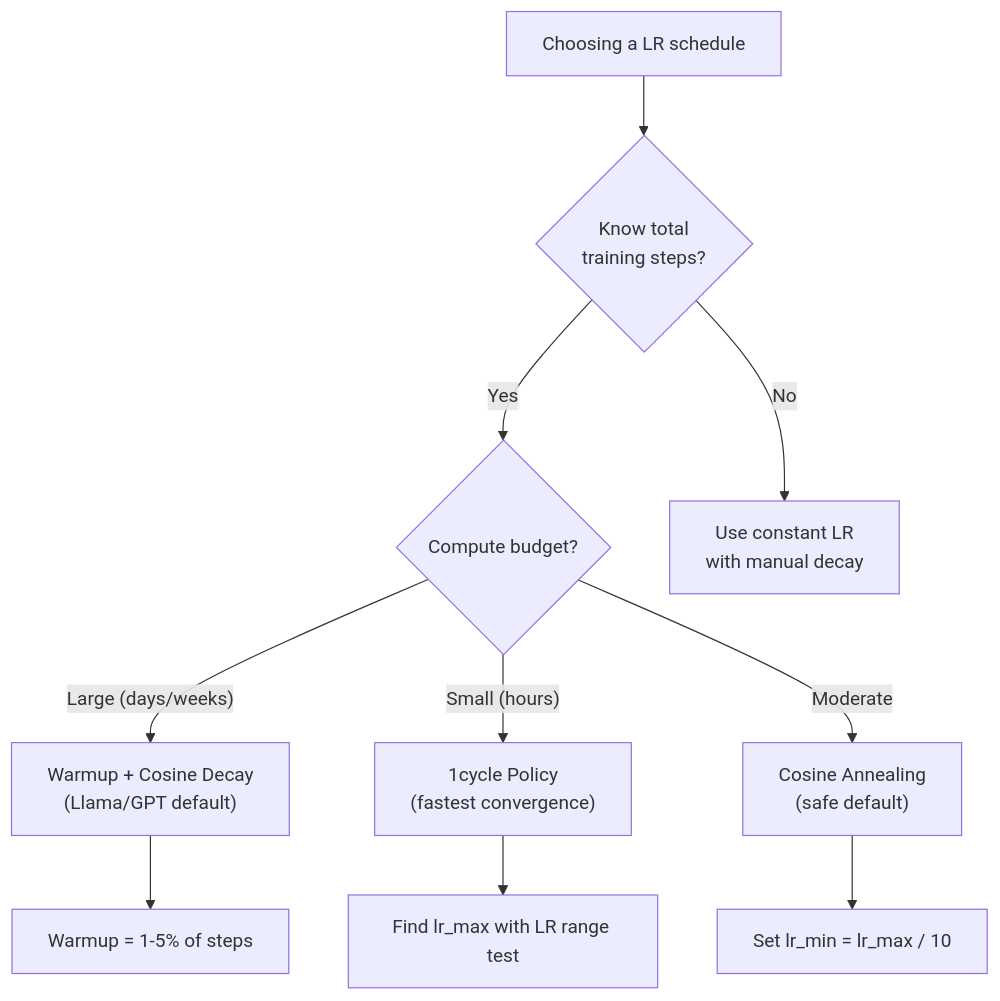
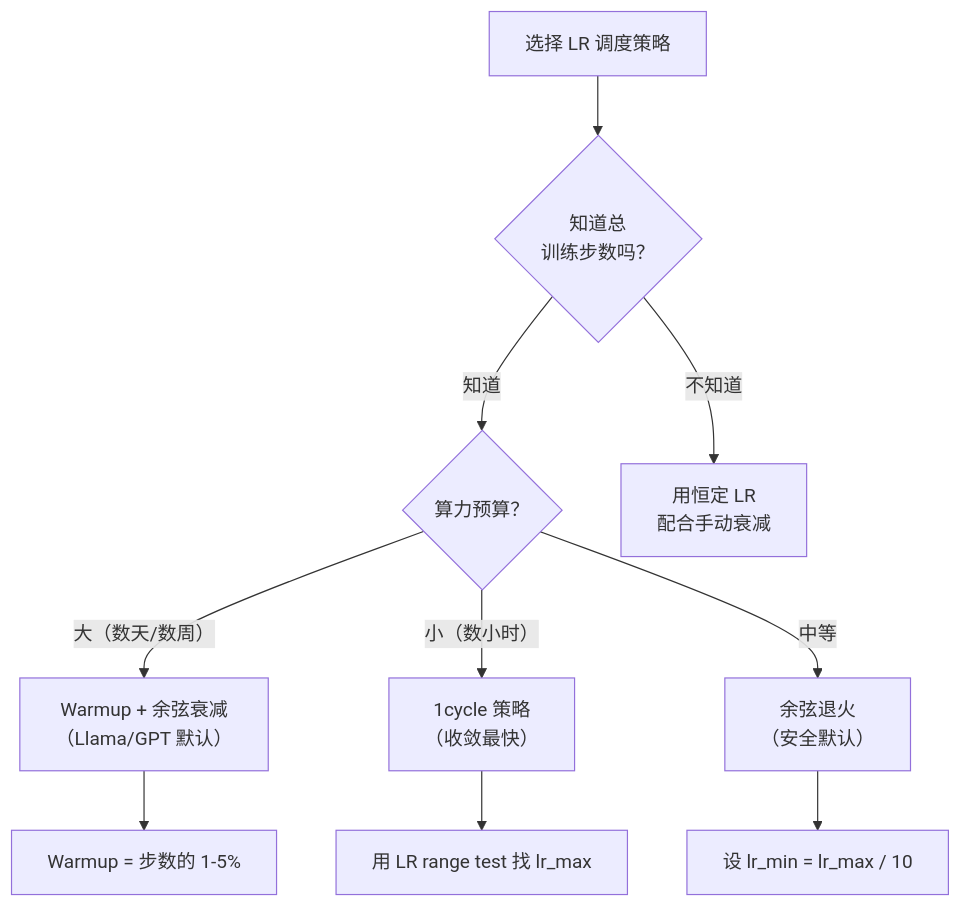
The second of 3 diagrams in phases/03-deep-learning-core/09-learning-rate-schedules/docs/zh.md (JerryC8080/ai-engineering-from-scratch-zh), drawn with Mermaid before and after one commit. The commit also changed other lines of this file and 156 other files, not shown here.

First line of the commit message:
i18n(zh): translate mermaid diagram labels in 157 lesson zh.md

````diff
--- a/phases/03-deep-learning-core/09-learning-rate-schedules/docs/zh.md
+++ b/phases/03-deep-learning-core/09-learning-rate-schedules/docs/zh.md
@@ -129,15 +129,15 @@
 ```mermaid
 flowchart TD
-    Start["Choosing a LR schedule"] --> Know{"Know total<br/>training steps?"}
+    Start["选择 LR 调度策略"] --> Know{"知道总<br/>训练步数吗？"}
 
-    Know -->|"Yes"| Budget{"Compute budget?"}
-    Know -->|"No"| Constant["Use constant LR<br/>with manual decay"]
+    Know -->|"知道"| Budget{"算力预算？"}
+    Know -->|"不知道"| Constant["用恒定 LR<br/>配合手动衰减"]
 
-    Budget -->|"Large (days/weeks)"| WarmCos["Warmup + Cosine Decay<br/>(Llama/GPT default)"]
-    Budget -->|"Small (hours)"| OneCycle["1cycle Policy<br/>(fastest convergence)"]
-    Budget -->|"Moderate"| Cosine["Cosine Annealing<br/>(safe default)"]
+    Budget -->|"大（数天/数周）"| WarmCos["Warmup + 余弦衰减<br/>（Llama/GPT 默认）"]
+    Budget -->|"小（数小时）"| OneCycle["1cycle 策略<br/>（收敛最快）"]
+    Budget -->|"中等"| Cosine["余弦退火<br/>（安全默认）"]
 
-    WarmCos --> Warmup["Warmup = 1-5% of steps"]
-    OneCycle --> FindLR["Find lr_max with LR range test"]
-    Cosine --> MinLR["Set lr_min = lr_max / 10"]
+    WarmCos --> Warmup["Warmup = 步数的 1-5%"]
+    OneCycle --> FindLR["用 LR range test 找 lr_max"]
+    Cosine --> MinLR["设 lr_min = lr_max / 10"]
 ```
````
